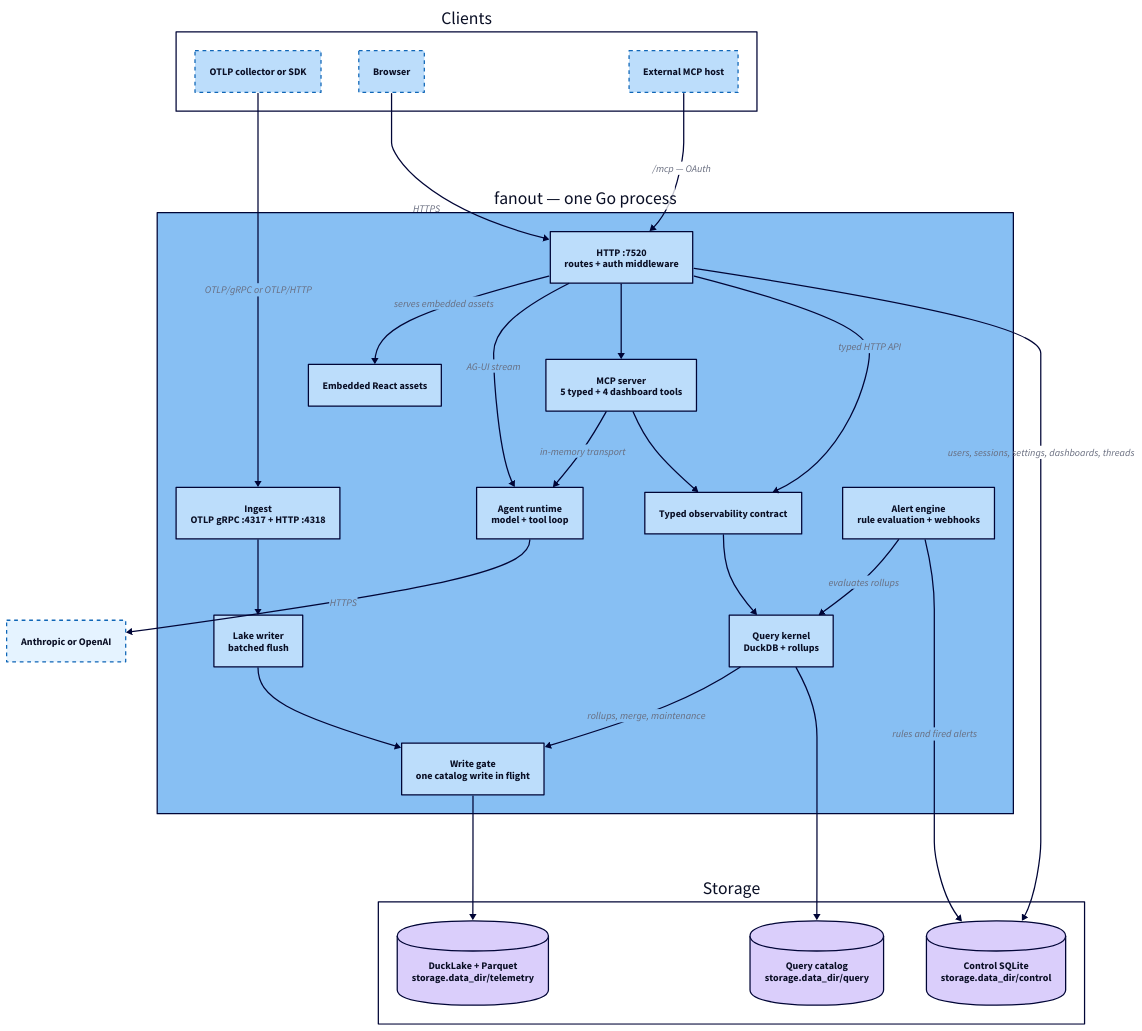
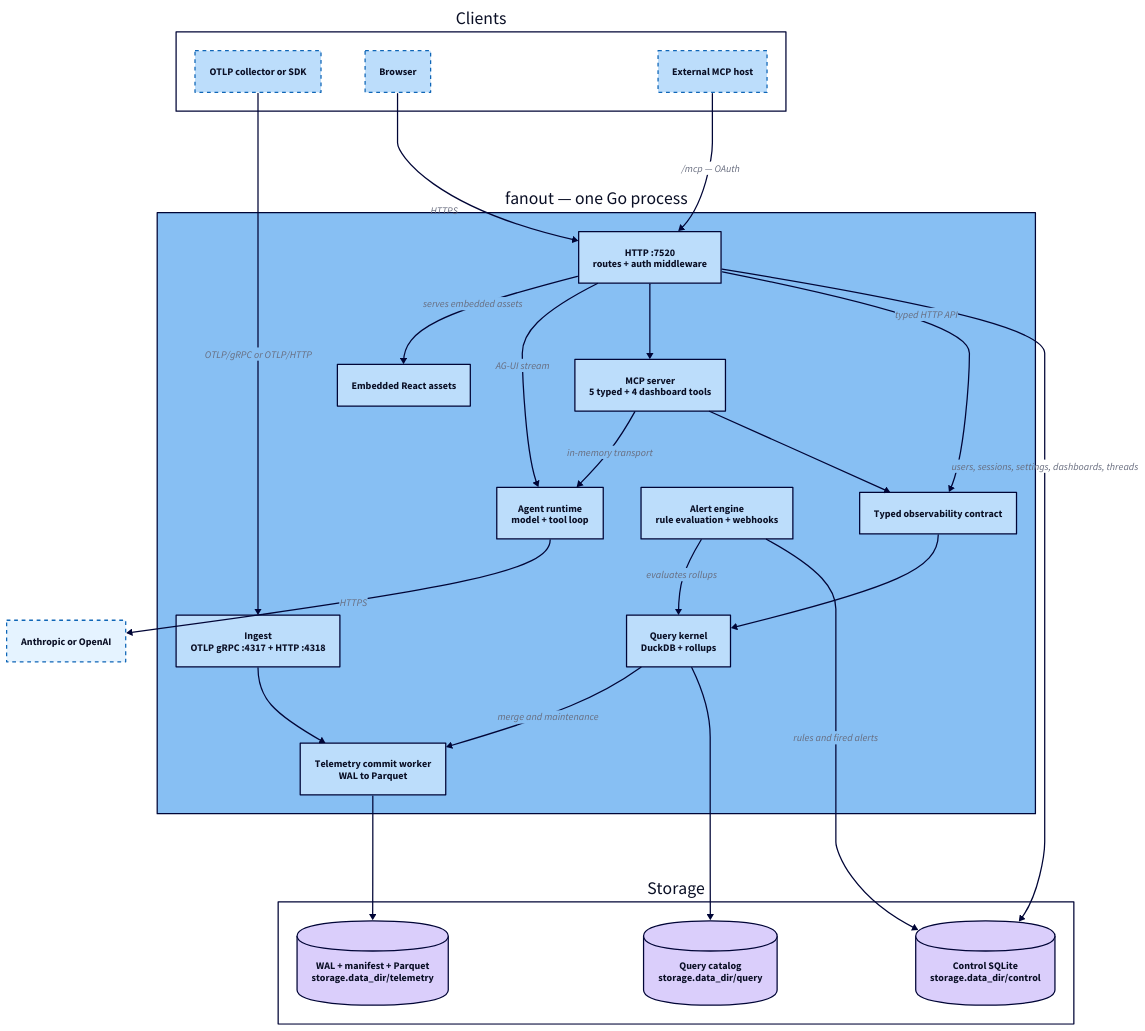
The diagram in docs/diagrams/architecture.d2 (labstack/fanout), drawn with D2 before and after one commit. The commit also changed 56 other files, not shown here.

```diff
--- a/docs/diagrams/architecture.d2
+++ b/docs/diagrams/architecture.d2
@@ -1,64 +1,62 @@
 # Fanout runtime architecture: what one process owns, and how a request reaches
 # storage. Render with `just diagrams`; commit the SVG beside this file.
 
 vars: {
   d2-config: {
     layout-engine: dagre
     theme-id: 5
   }
 }
 
 direction: down
 
 clients: Clients {
   style.fill: transparent
   collector: "OTLP collector or SDK" {style.stroke-dash: 3}
   browser: Browser {style.stroke-dash: 3}
   ext: "External MCP host" {style.stroke-dash: 3}
 }
 
 fanout: "fanout — one Go process" {
   style.stroke-width: 2
 
   http: "HTTP :7520\nroutes + auth middleware"
   ingest: "Ingest\nOTLP gRPC :4317 + HTTP :4318"
   ui: "Embedded React assets"
   agent: "Agent runtime\nmodel + tool loop"
   mcp: "MCP server\n5 typed + 4 dashboard tools"
   obs: "Typed observability contract"
-  lake: "Lake writer\nbatched flush"
+  commit: "Telemetry commit worker\nWAL to Parquet"
   query: "Query kernel\nDuckDB + rollups"
-  gate: "Write gate\none catalog write in flight" {style.stroke-width: 2}
   alert: "Alert engine\nrule evaluation + webhooks"
 
-  ingest -> lake
+  ingest -> commit
   http -> ui: serves embedded assets
   http -> agent: AG-UI stream
   http -> mcp
   mcp -> agent: in-memory transport
   mcp -> obs
   http -> obs: typed HTTP API
   obs -> query
   alert -> query: evaluates rollups
-  lake -> gate
-  query -> gate: "rollups, merge, maintenance"
+  query -> commit: "merge and maintenance"
 }
 
 store: Storage {
   style.fill: transparent
-  telemetry: "DuckLake + Parquet\nstorage.data_dir/telemetry" {shape: cylinder}
+  telemetry: "WAL + manifest + Parquet\nstorage.data_dir/telemetry" {shape: cylinder}
   qstate: "Query catalog\nstorage.data_dir/query" {shape: cylinder}
   control: "Control SQLite\nstorage.data_dir/control" {shape: cylinder}
 }
 
 model: "Anthropic or OpenAI" {style.stroke-dash: 3}
 
 clients.collector -> fanout.ingest: "OTLP/gRPC or OTLP/HTTP"
 clients.browser -> fanout.http: HTTPS
 clients.ext -> fanout.http: "/mcp — OAuth"
 
-fanout.gate -> store.telemetry
+fanout.commit -> store.telemetry
 fanout.query -> store.qstate
 fanout.http -> store.control: "users, sessions, settings, dashboards, threads"
 fanout.alert -> store.control: "rules and fired alerts"
 fanout.agent -> model: HTTPS
```
